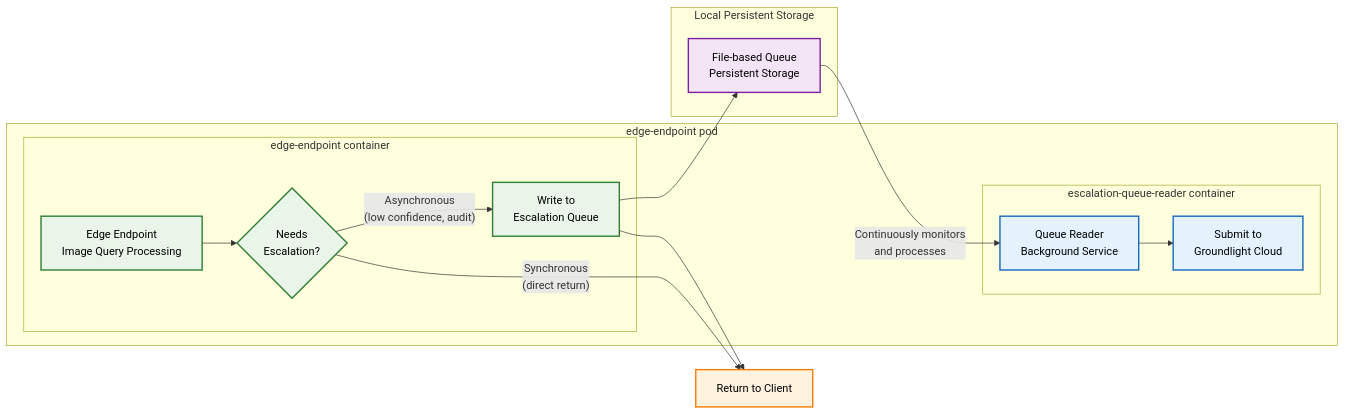
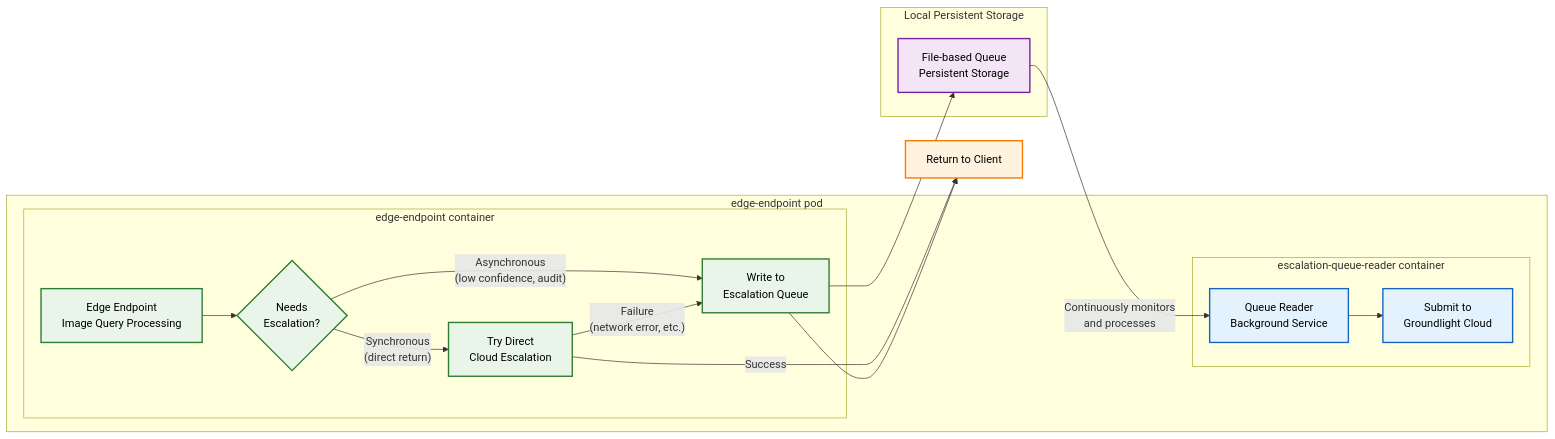
Before and after one commit to groundlight/edge-endpoint: the diagram in ESCALATION-QUEUE.md, drawn with Mermaid.

Commit message:
diagram tweaks

````diff
--- a/ESCALATION-QUEUE.md
+++ b/ESCALATION-QUEUE.md
@@ -11,43 +11,49 @@
 ```mermaid
 %%{init: {"flowchart": {"subGraphTitleMargin": {"top": 0, "bottom": 10}}}}%%
 flowchart LR
     subgraph POD ["edge-endpoint pod"]
         subgraph CONT1 ["edge-endpoint container"]
             EDGE[Edge Endpoint<br/>Image Query Processing]
             DECISION{Needs<br/>Escalation?}
+            SYNC_ESC[Try Direct<br/>Cloud Escalation]
             QUEUE_WRITE[Write to<br/>Escalation Queue]
         end
         
         subgraph CONT2 ["escalation-queue-reader container"]
             QUEUE_READ["    Queue Reader    <br/>    Background Service    "]
             CLOUD_SUBMIT["    Submit to    <br/>    Groundlight Cloud    "]
         end
     end
     
     subgraph STORAGE ["Local Persistent Storage"]
         QUEUE[File-based Queue<br/>Persistent Storage]
     end
+
+    RESPONSE[Return to Client]
     
     %% Main Flow
     EDGE --> DECISION
     DECISION -->|"Asynchronous<br/>(low confidence, audit)"| QUEUE_WRITE
-    DECISION -->|"Synchronous<br/>(direct return)"| RESPONSE[Return to Client]
+    DECISION -->|"Synchronous<br/>(direct return)"| SYNC_ESC[Try Direct<br/>Cloud Escalation]
+    SYNC_ESC -->|"Success"| RESPONSE[Return to Client]
+    SYNC_ESC -->|"Failure<br/>(network error, etc.)"| QUEUE_WRITE
     QUEUE_WRITE --> QUEUE
     QUEUE_WRITE --> RESPONSE
     
     %% Background Flow
     QUEUE --> |Continuously monitors<br/>and processes| QUEUE_READ
     QUEUE_READ --> CLOUD_SUBMIT
     
     %% Individual node styling
     classDef nodeMain fill:#e8f5e8,stroke:#2e7d32,stroke-width:2px,color:#000000
     classDef nodeStorage fill:#f3e5f5,stroke:#7b1fa2,stroke-width:2px,color:#000000
     classDef nodeBackground fill:#e3f2fd,stroke:#1565c0,stroke-width:2px,color:#000000
     classDef nodeResponse fill:#fff3e0,stroke:#f57c00,stroke-width:2px,color:#000000
     
     %% Apply node styles (individual rectangles/shapes)
     class EDGE,DECISION,QUEUE_WRITE nodeMain
     class QUEUE nodeStorage
     class QUEUE_READ,CLOUD_SUBMIT nodeBackground
     class RESPONSE nodeResponse
+    class SYNC_ESC nodeMain
 ```
````
